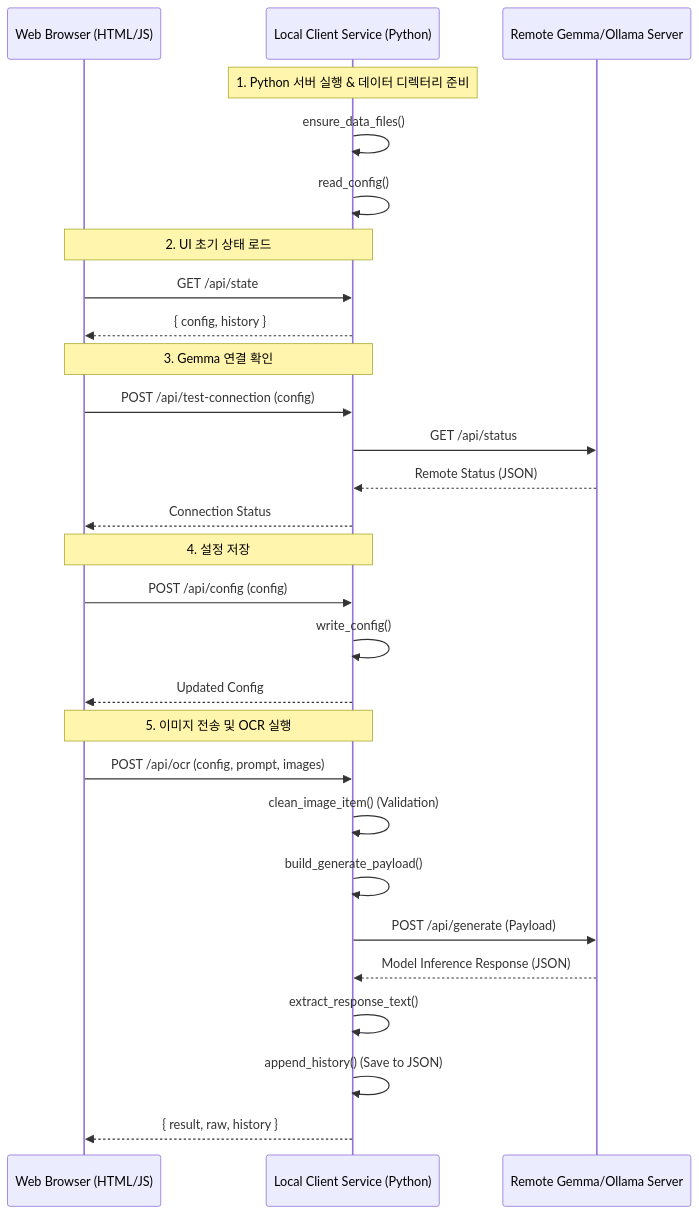
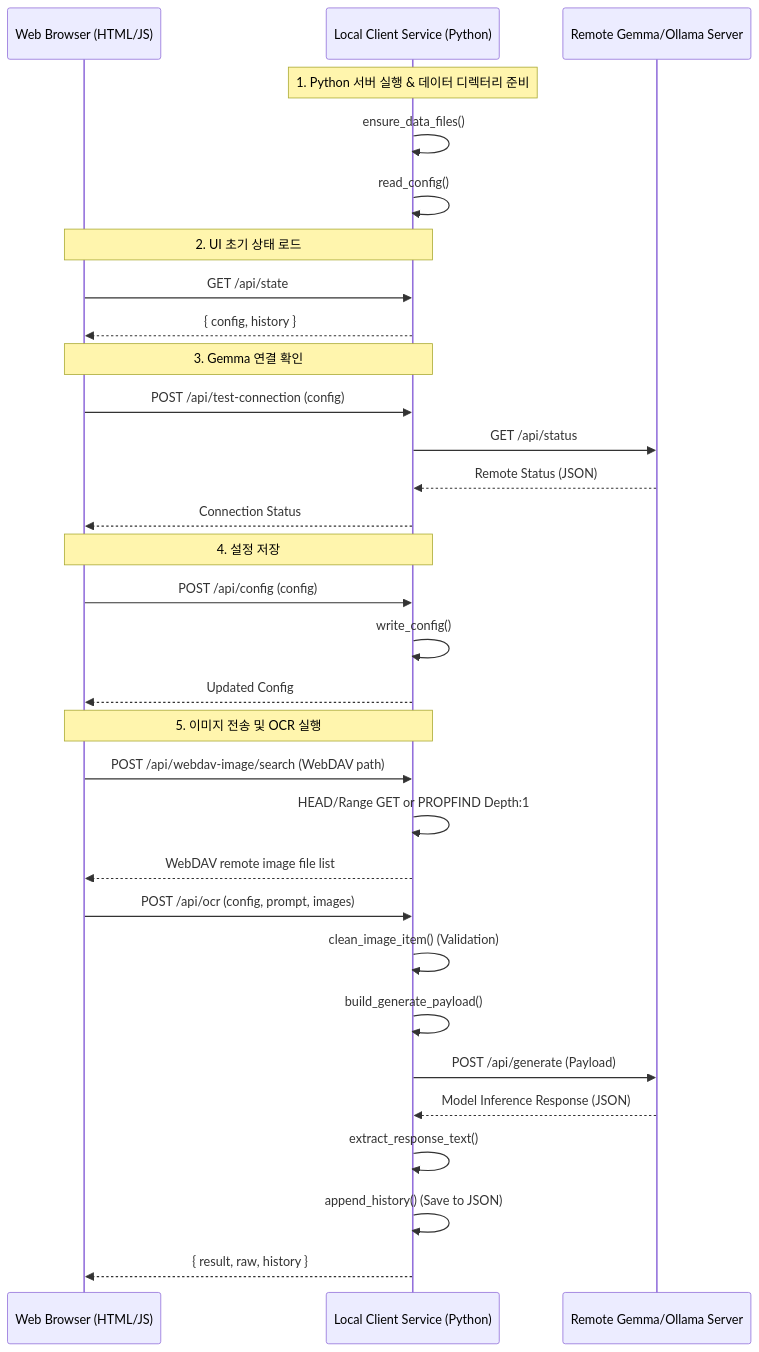
Before and after one commit to jeonghoonkang/BerePi: the diagram in apps/camera/ocr/gemma_ocr_client/spec.md, drawn with Mermaid. The commit also changed other lines of this file and 6 other files, not shown here.

Commit message:
Add WebDAV OCR result export

````diff
--- a/apps/camera/ocr/gemma_ocr_client/spec.md
+++ b/apps/camera/ocr/gemma_ocr_client/spec.md
@@ -11,35 +11,38 @@
 ```mermaid
 sequenceDiagram
     participant UI as Web Browser (HTML/JS)
     participant Client as Local Client Service (Python)
     participant Remote as Remote Gemma/Ollama Server
 
     Note over Client: 1. Python 서버 실행 & 데이터 디렉터리 준비
     Client->>Client: ensure_data_files()
     Client->>Client: read_config()
 
     Note over UI, Client: 2. UI 초기 상태 로드
     UI->>Client: GET /api/state
     Client-->>UI: { config, history }
 
     Note over UI, Client: 3. Gemma 연결 확인
     UI->>Client: POST /api/test-connection (config)
     Client->>Remote: GET /api/status
     Remote-->>Client: Remote Status (JSON)
     Client-->>UI: Connection Status
 
     Note over UI, Client: 4. 설정 저장
     UI->>Client: POST /api/config (config)
     Client->>Client: write_config()
     Client-->>UI: Updated Config
 
     Note over UI, Client: 5. 이미지 전송 및 OCR 실행
+    UI->>Client: POST /api/webdav-image/search (WebDAV path)
+    Client->>Client: HEAD/Range GET or PROPFIND Depth:1
+    Client-->>UI: WebDAV remote image file list
     UI->>Client: POST /api/ocr (config, prompt, images)
     Client->>Client: clean_image_item() (Validation)
     Client->>Client: build_generate_payload()
     Client->>Remote: POST /api/generate (Payload)
     Remote-->>Client: Model Inference Response (JSON)
     Client->>Client: extract_response_text()
     Client->>Client: append_history() (Save to JSON)
     Client-->>UI: { result, raw, history }
 ```
````
